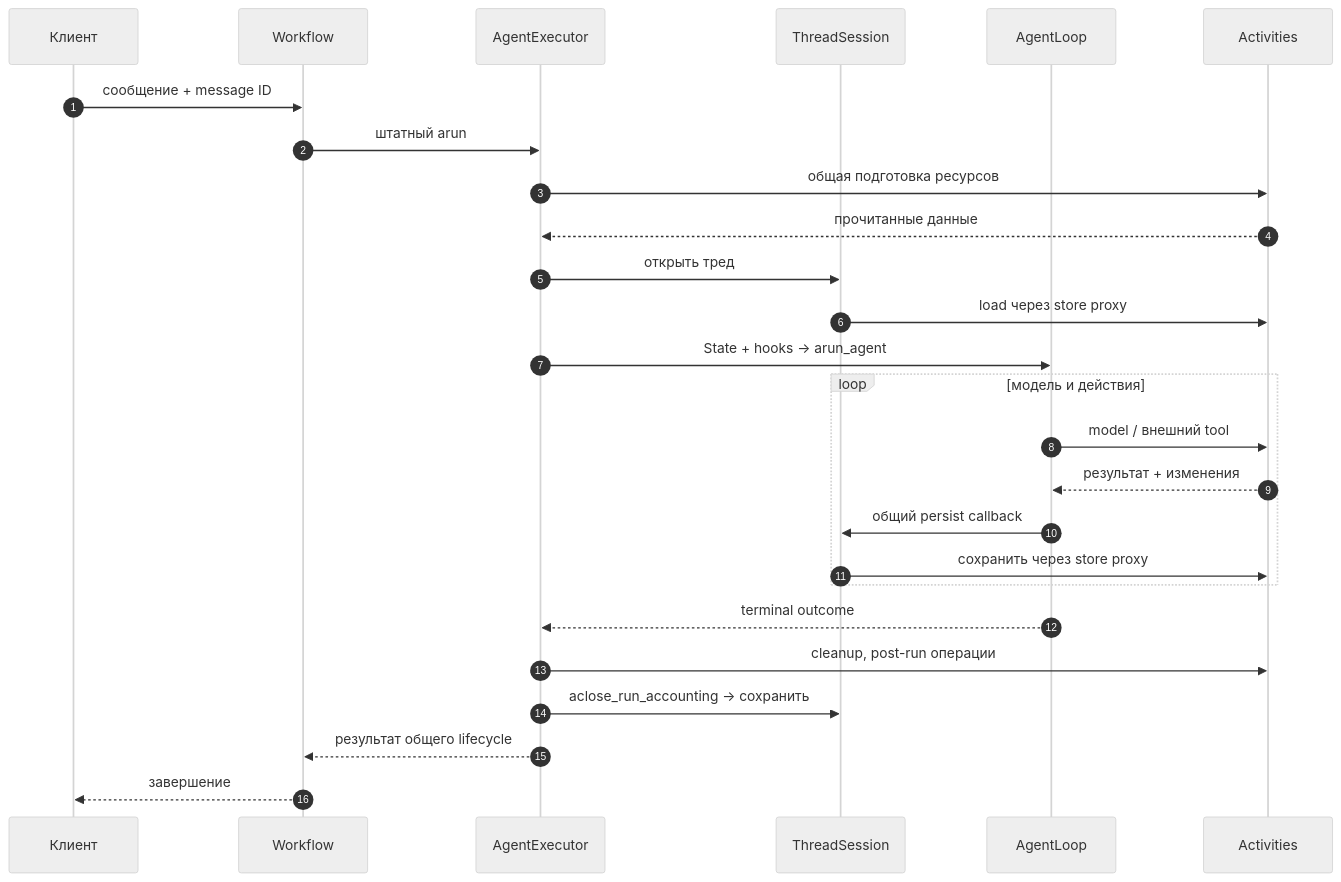
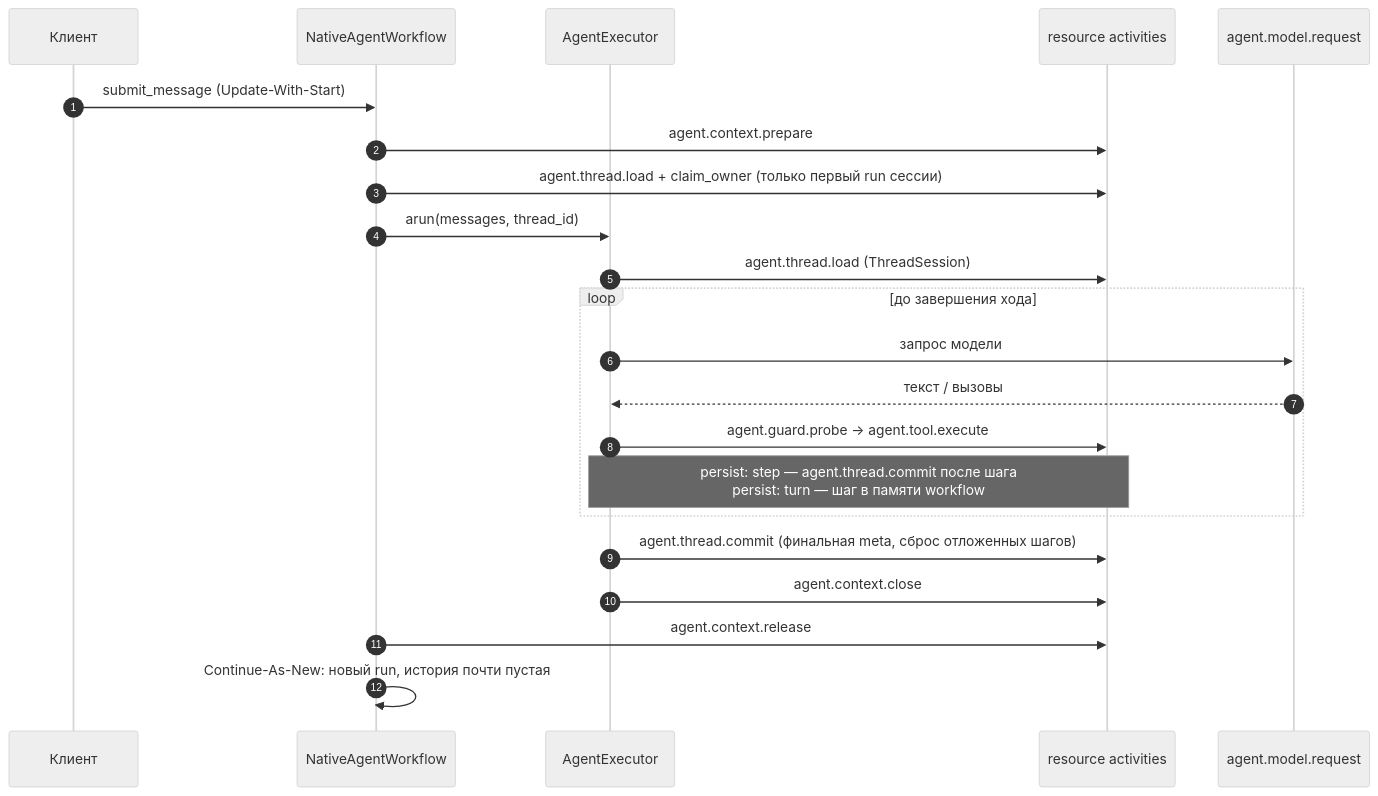
Before and after one commit to agens-universale/universal-agent: the fifth of 9 diagrams in docs/temporal-architecture.md, drawn with Mermaid (neutral theme). The commit also changed other lines of this file and 196 other files, not shown here.

````diff
--- a/docs/temporal-architecture.md
+++ b/docs/temporal-architecture.md
@@ -230,28 +241,24 @@
 ```mermaid
 sequenceDiagram
     autonumber
     participant C as Клиент
-    participant W as Workflow
+    participant W as NativeAgentWorkflow
     participant E as AgentExecutor
-    participant S as ThreadSession
-    participant L as AgentLoop
-    participant A as Activities
-    C->>W: сообщение + message ID
-    W->>E: штатный arun
-    E->>A: общая подготовка ресурсов
-    A-->>E: прочитанные данные
-    E->>S: открыть тред
-    S->>A: load через store proxy
-    E->>L: State + hooks → arun_agent
-    loop модель и действия
-        L->>A: model / внешний tool
-        A-->>L: результат + изменения
-        L->>S: общий persist callback
-        S->>A: сохранить через store proxy
+    participant R as resource activities
+    participant M as agent.model.request
+    C->>W: submit_message (Update-With-Start)
+    W->>R: agent.context.prepare
+    W->>R: agent.thread.load + claim_owner (только первый run сессии)
+    W->>E: arun(messages, thread_id)
+    E->>R: agent.thread.load (ThreadSession)
+    loop до завершения хода
+        E->>M: запрос модели
+        M-->>E: текст / вызовы
+        E->>R: agent.guard.probe → agent.tool.execute
+        Note over E,R: persist: step — agent.thread.commit после шага<br/>persist: turn — шаг в памяти workflow
     end
-    L-->>E: terminal outcome
-    E->>A: cleanup, post-run операции
-    E->>S: aclose_run_accounting → сохранить
-    E-->>W: результат общего lifecycle
-    W-->>C: завершение
+    E->>R: agent.thread.commit (финальная meta, сброс отложенных шагов)
+    E->>R: agent.context.close
+    W->>R: agent.context.release
+    W->>W: Continue-As-New: новый run, история почти пустая
 ```
````
